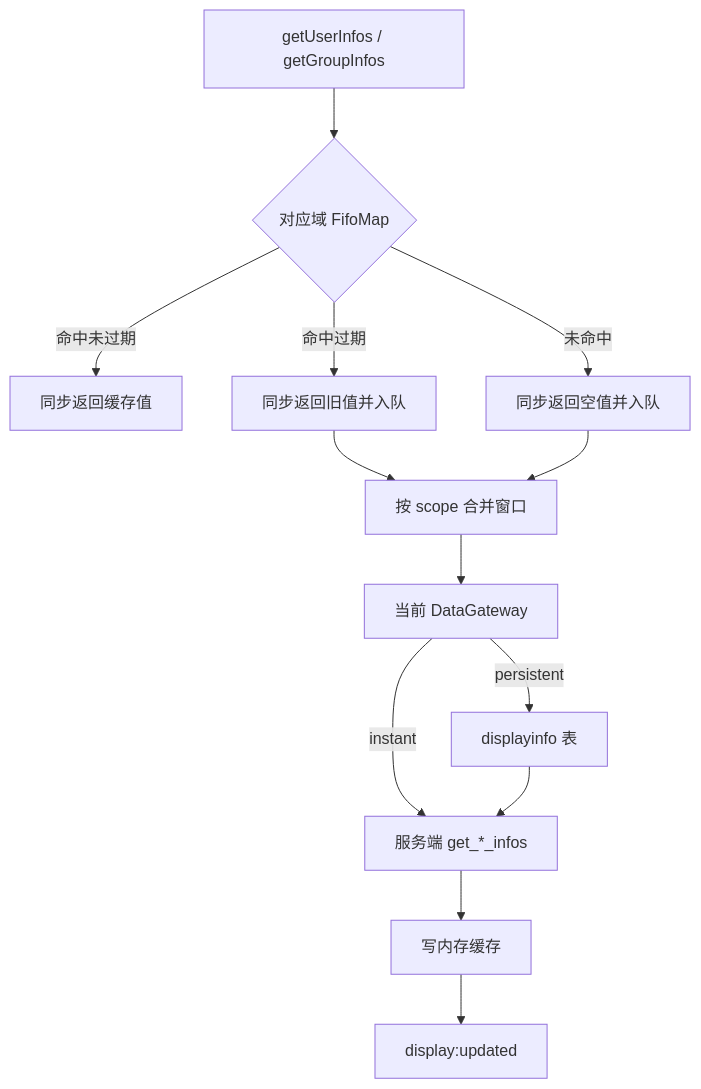
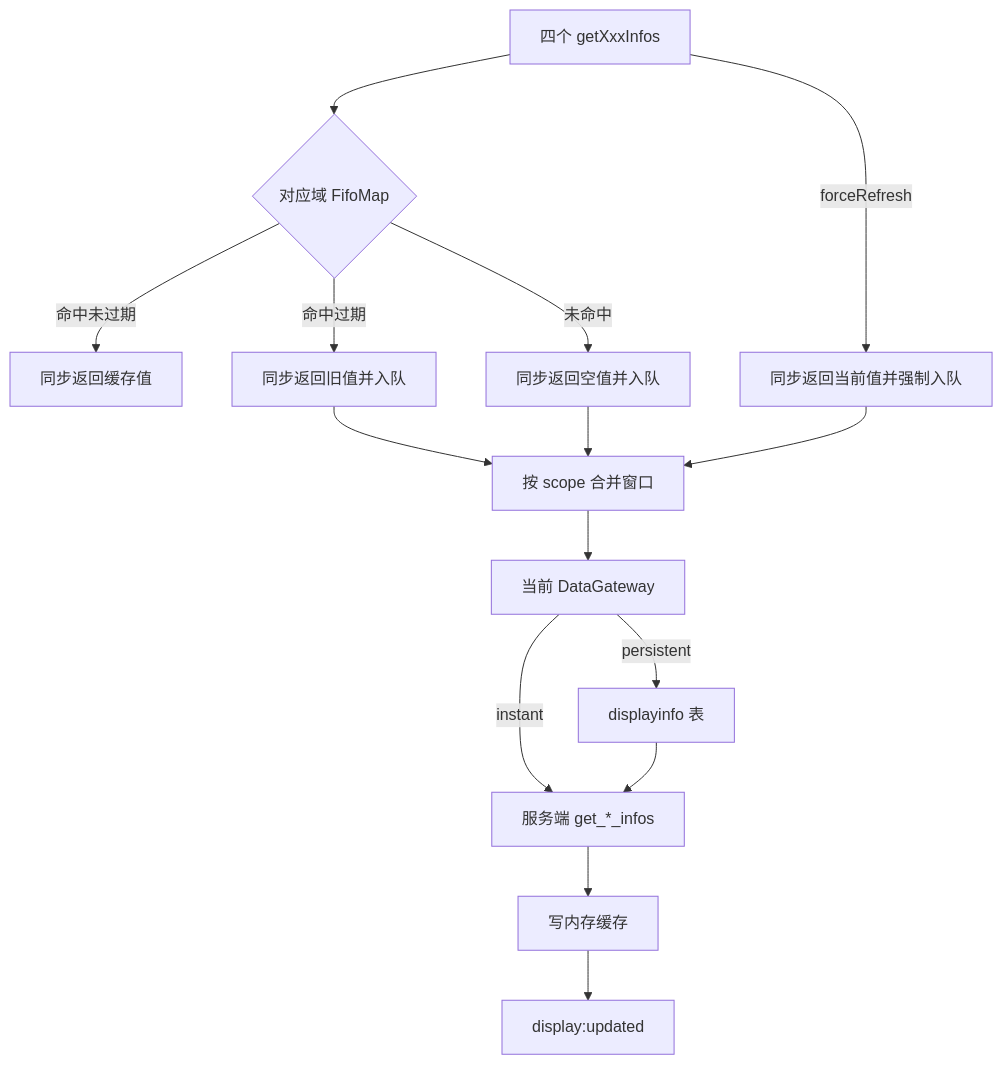
The fourth of 4 diagrams in packages/sdk/docs/sdk设计方案.md (dacez/yimsg), drawn with Mermaid before and after one commit. The commit also changed other lines of this file and 18 other files, not shown here.

````diff
--- a/packages/sdk/docs/sdk设计方案.md
+++ b/packages/sdk/docs/sdk设计方案.md
@@ -345,15 +346,17 @@
 ```mermaid
 flowchart TD
-  Read[getUserInfos / getGroupInfos] --> Cache{对应域 FifoMap}
+  Read[四个 getXxxInfos] --> Cache{对应域 FifoMap}
   Cache -->|命中未过期| ReturnFresh[同步返回缓存值]
   Cache -->|命中过期| ReturnStale[同步返回旧值并入队]
   Cache -->|未命中| ReturnEmpty[同步返回空值并入队]
+  Read -->|forceRefresh| Force[同步返回当前值并强制入队]
   ReturnStale --> Merge[按 scope 合并窗口]
   ReturnEmpty --> Merge
+  Force --> Merge
   Merge --> DG[当前 DataGateway]
   DG -->|instant| Remote[服务端 get_*_infos]
   DG -->|persistent| Local[displayinfo 表]
   Local --> Remote
   Remote --> Update[写内存缓存]
   Update --> Event[display:updated]
 ```
````
